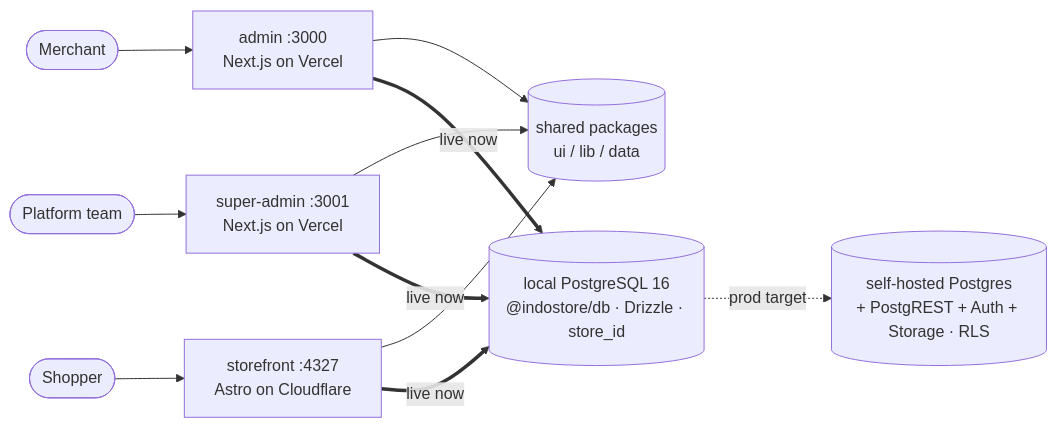
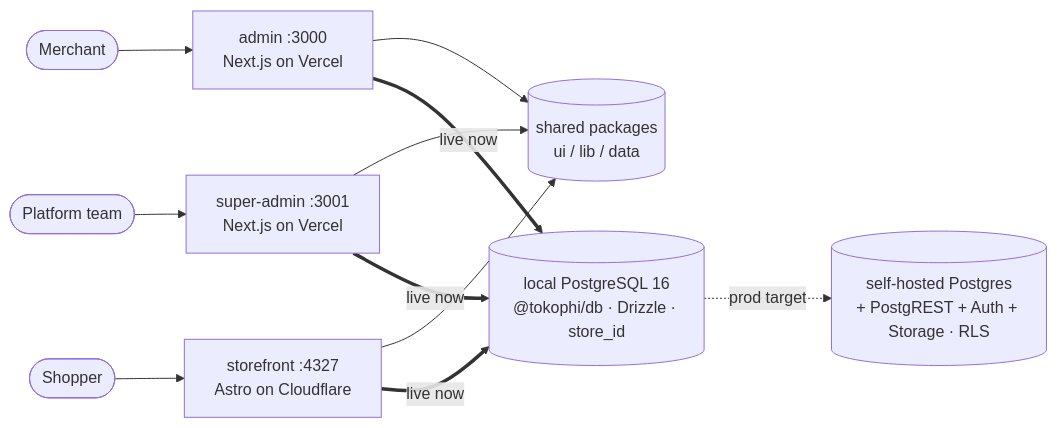
Before and after one commit to ongkipro/tokophi: the first of 2 diagrams in specs/docs/ARCHITECTURE.md, drawn with Mermaid. The commit also changed other lines of this file and 98 other files, not shown here.

````diff
--- a/specs/docs/ARCHITECTURE.md
+++ b/specs/docs/ARCHITECTURE.md
@@ -19,15 +19,15 @@
 ```mermaid
 flowchart LR
   Merchant([Merchant]) --> Admin[admin :3000<br/>Next.js on Vercel]
   Platform([Platform team]) --> Super[super-admin :3001<br/>Next.js on Vercel]
   Shopper([Shopper]) --> Store[storefront :4327<br/>Astro on Cloudflare]
 
   Admin --> Shared[(shared packages<br/>ui / lib / data)]
   Super --> Shared
   Store --> Shared
 
-  Super ==>|live now| PG[(local PostgreSQL 16<br/>@indostore/db · Drizzle · store_id)]
+  Super ==>|live now| PG[(local PostgreSQL 16<br/>@tokophi/db · Drizzle · store_id)]
   Admin ==>|live now| PG
   Store ==>|live now| PG
   PG -. prod target .-> VPS[(self-hosted Postgres<br/>+ PostgREST + Auth + Storage · RLS)]
 ```
````
